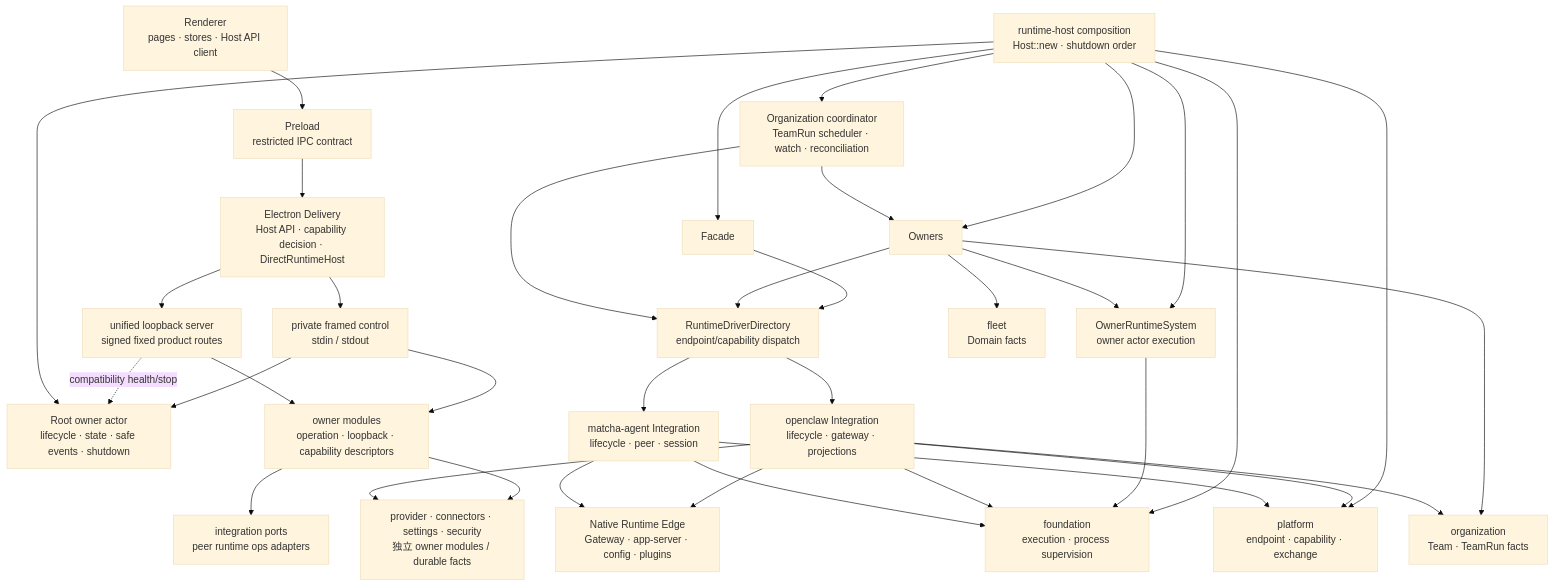
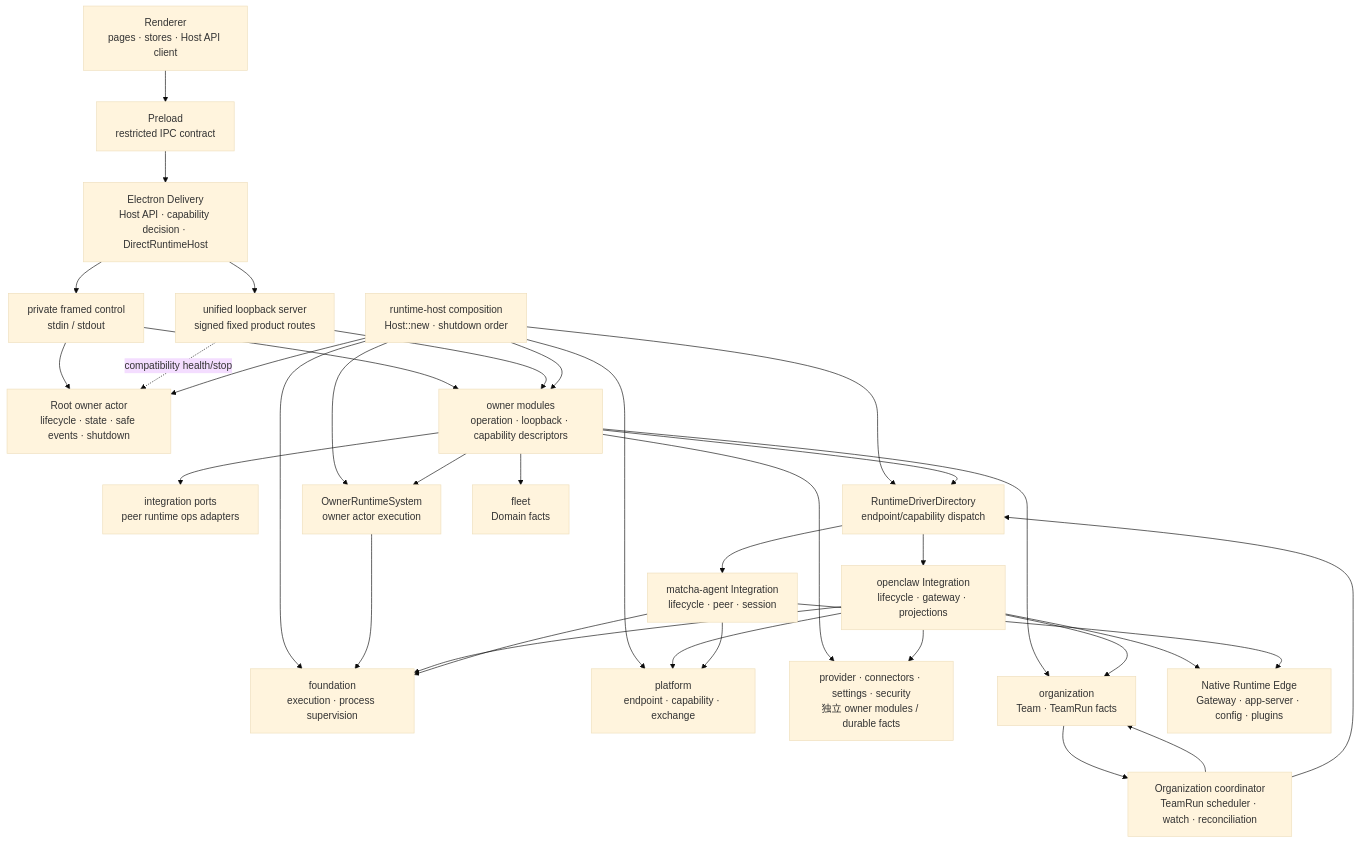
One commit to hellowKeyzj/Matcha-claw changed the first of 7 diagrams in docs/architecture/layered-architecture.md. Above: the diagram before and after it, drawn with Mermaid (base theme). The commit also changed other lines of this file and 1594 other files, not shown here.

````diff
--- a/docs/architecture/layered-architecture.md
+++ b/docs/architecture/layered-architecture.md
@@ -38,60 +38,59 @@
 ```mermaid
 flowchart TB
   Renderer["Renderer\npages · stores · Host API client"]
   Preload["Preload\nrestricted IPC contract"]
   Electron["Electron Delivery\nHost API · capability decision · DirectRuntimeHost"]
   Control["private framed control\nstdin / stdout"]
   PublicTransport["unified loopback server\nsigned fixed product routes"]
 
   Host["runtime-host composition\nHost::new · shutdown order"]
   Root["Root owner actor\nlifecycle · state · safe events · shutdown"]
   Modules["owner modules\noperation · loopback · capability descriptors"]
   Ports["integration ports\npeer runtime ops adapters"]
   OwnerRuntime["OwnerRuntimeSystem\nowner actor execution"]
   TeamCoordinator["Organization coordinator\nTeamRun scheduler · watch · reconciliation"]
   Directory["RuntimeDriverDirectory\nendpoint/capability dispatch"]
 
   Foundation["foundation\nexecution · process supervision"]
   Platform["platform\nendpoint · capability · exchange"]
   Products["provider · connectors · settings · security\n独立 owner modules / durable facts"]
   Fleet["fleet\nDomain facts"]
   Organization["organization\nTeam · TeamRun facts"]
   OpenClaw["openclaw Integration\nlifecycle · gateway · projections"]
   Matcha["matcha-agent Integration\nlifecycle · peer · session"]
   Native["Native Runtime Edge\nGateway · app-server · config · plugins"]
 
   Renderer --> Preload --> Electron
   Electron --> Control
   Electron --> PublicTransport
   Control --> Root
   Control --> Modules
   PublicTransport --> Modules
   Modules --> Ports
   PublicTransport -. compatibility health/stop .-> Root
   Host --> Root
-  Host --> Facade
-  Host --> Owners
+  Host --> Modules
   Host --> OwnerRuntime
-  Host --> TeamCoordinator
-  Facade --> Directory
-  Owners --> OwnerRuntime
-  Owners --> Directory
-  TeamCoordinator --> Owners
+  Host --> Directory
+  Modules --> OwnerRuntime
+  Modules --> Directory
+  Organization --> TeamCoordinator
+  TeamCoordinator --> Organization
   TeamCoordinator --> Directory
   Host --> Foundation
   Host --> Platform
   OwnerRuntime --> Foundation
   Modules --> Products
-  Owners --> Fleet
-  Owners --> Organization
+  Modules --> Fleet
+  Modules --> Organization
   Directory --> OpenClaw
   Directory --> Matcha
   OpenClaw --> Foundation
   OpenClaw --> Platform
   OpenClaw --> Products
   OpenClaw --> Organization
   Matcha --> Foundation
   Matcha --> Platform
   OpenClaw --> Native
   Matcha --> Native
 ```
````
